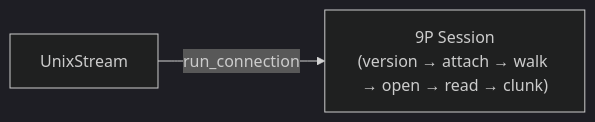
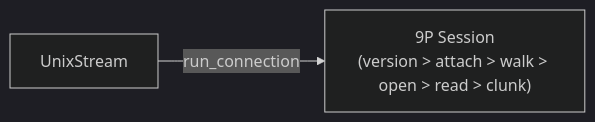
One commit to bubblegutz/pinhead changed the seventh of 9 diagrams in docs/ARCHITECTURE.md. Above: the diagram before and after it, drawn with Mermaid (dark theme). The commit also changed other lines of this file, not shown here.

````diff
--- a/docs/ARCHITECTURE.md
+++ b/docs/ARCHITECTURE.md
@@ -159,4 +156,4 @@
 ```mermaid
 flowchart LR
-    U[UnixStream] -->|run_connection| R["9P Session\n(version → attach → walk → open → read → clunk)"]
+    U[UnixStream] -->|run_connection| R["9P Session\n(version > attach > walk > open > read > clunk)"]
 ```
````
